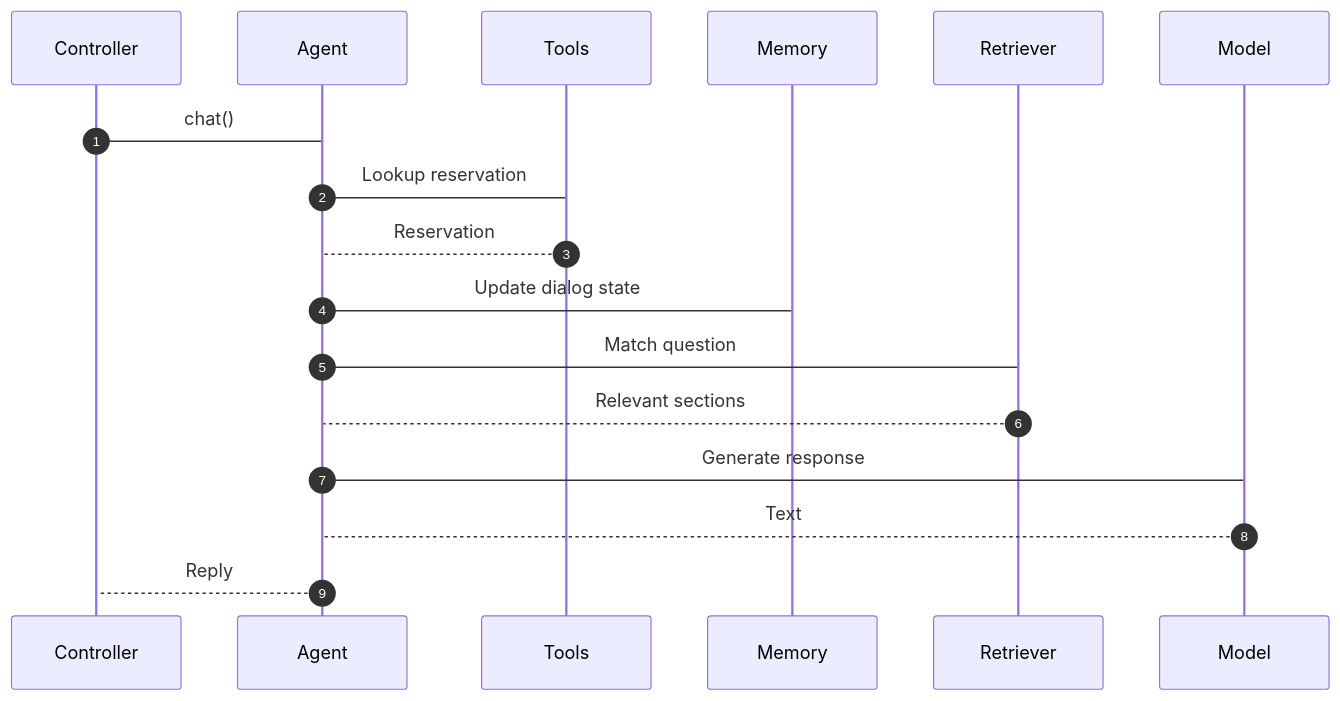
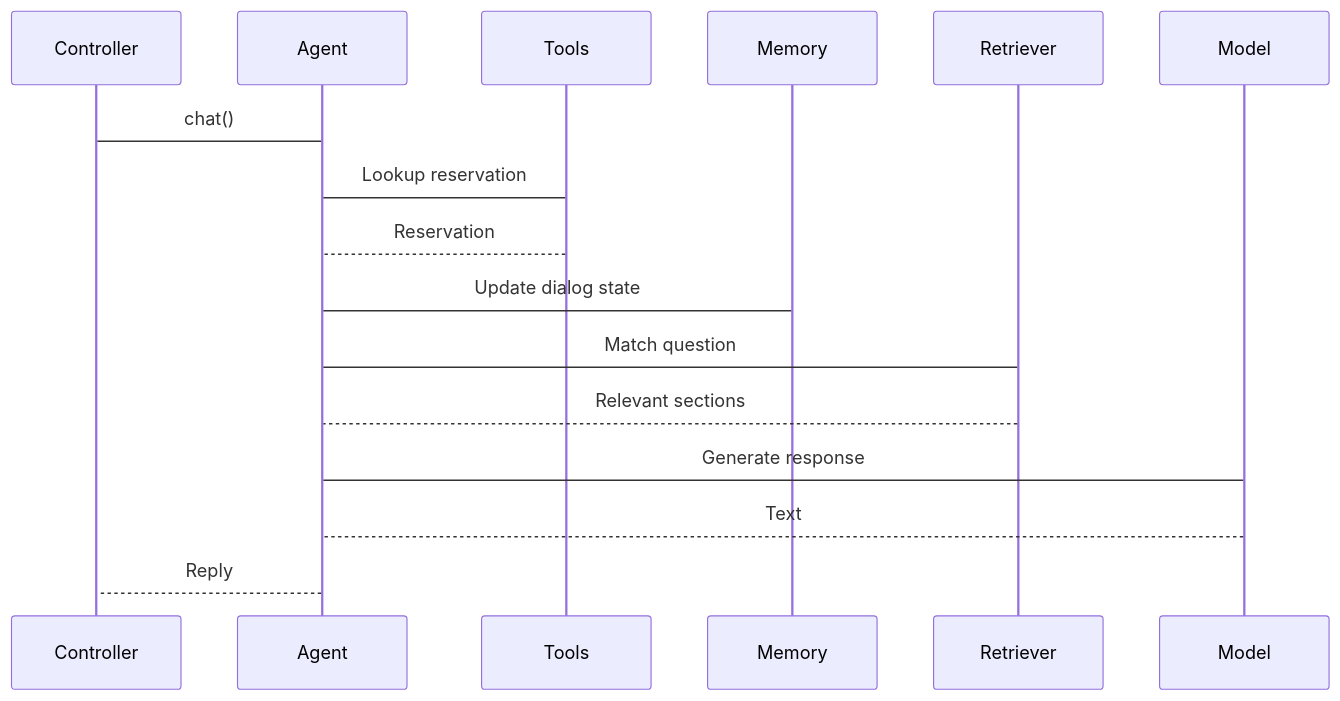
The third of 5 diagrams in readme.md (mgorav/ConversationalAIAssistant), drawn with Mermaid before and after one commit. The commit also changed other lines of this file, not shown here.

````diff
--- a/readme.md
+++ b/readme.md
@@ -245,22 +272,21 @@
 ```mermaid
 sequenceDiagram
-    autonumber
     participant Controller
-    participant Agent
+    participant Agent 
     participant Tools
 
     Controller -> Agent: chat()
 
-    Agent -> Tools: Lookup reservation
+    Agent -> Tools: Lookup reservation  
     Tools --> Agent: Reservation
 
-    Agent -> Memory: Update dialog state
+    Agent -> Memory: Update dialog state   
 
     Agent -> Retriever: Match question
-    Retriever --> Agent: Relevant sections
+    Retriever --> Agent: Relevant sections  
 
     Agent -> Model: Generate response
     Model --> Agent: Text
 
-    Agent --> Controller: Reply
+    Agent --> Controller: Reply   
 ```
````
